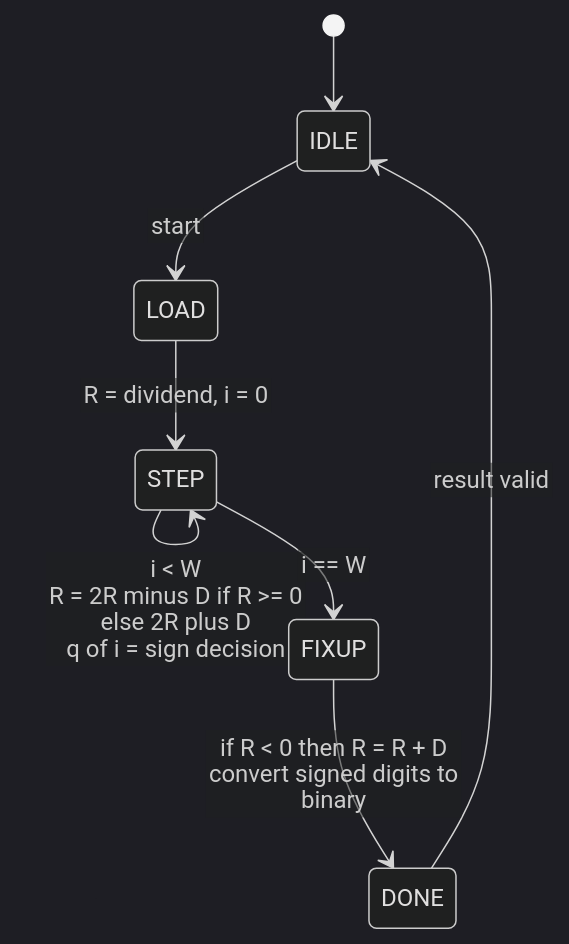
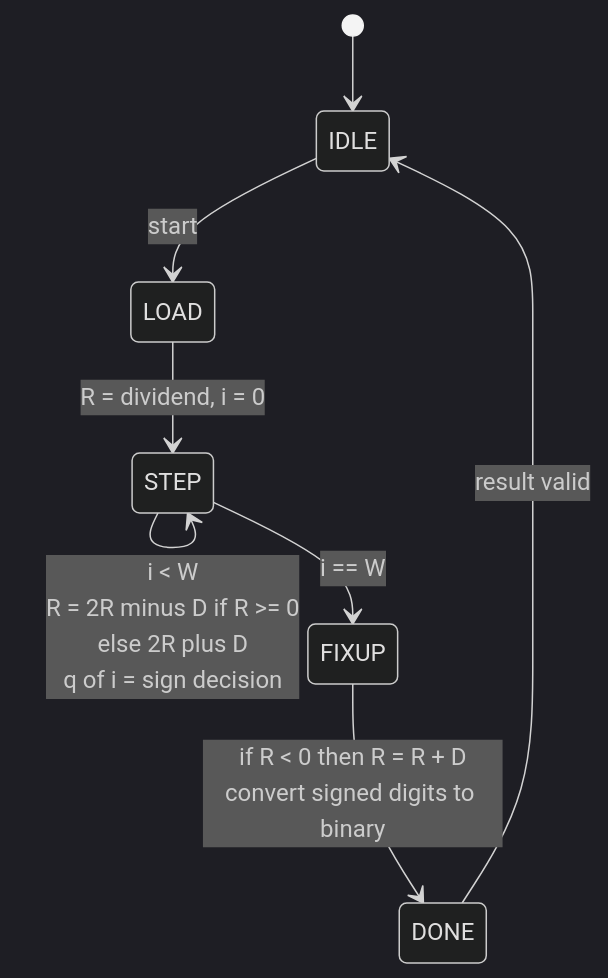
The fourth of 6 diagrams in 00_Fundamentals/07_DSP_and_Fixed_Point_Hardware.md (Wty2003328/silicon-design-notebook), drawn with Mermaid (dark theme) before and after one commit. The commit also changed other lines of this file and 125 other files, not shown here.

First line of the commit message:
Complete the AMBA family, refresh the learning path, and make every figure and formula actually render

````diff
--- a/00_Fundamentals/07_DSP_and_Fixed_Point_Hardware.md
+++ b/00_Fundamentals/07_DSP_and_Fixed_Point_Hardware.md
@@ -804,11 +804,10 @@
 ```mermaid
-%%{init: {"flowchart": {"defaultRenderer": "elk", "nodeSpacing": 45, "rankSpacing": 50, "htmlLabels": false}}}%%
 stateDiagram-v2
     [*] --> IDLE
     IDLE --> LOAD: start
     LOAD --> STEP: R = dividend, i = 0
     STEP --> STEP: i < W<br/>R = 2R minus D if R >= 0<br/>else 2R plus D<br/>q of i = sign decision
     STEP --> FIXUP: i == W
     FIXUP --> DONE: if R < 0 then R = R + D<br/>convert signed digits to binary
     DONE --> IDLE: result valid
 ```
````
